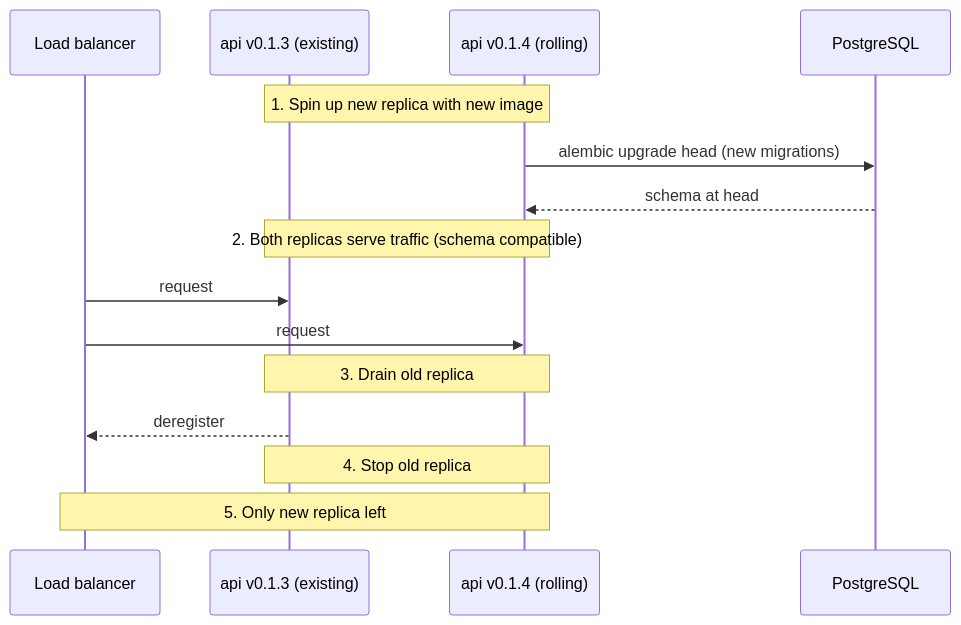
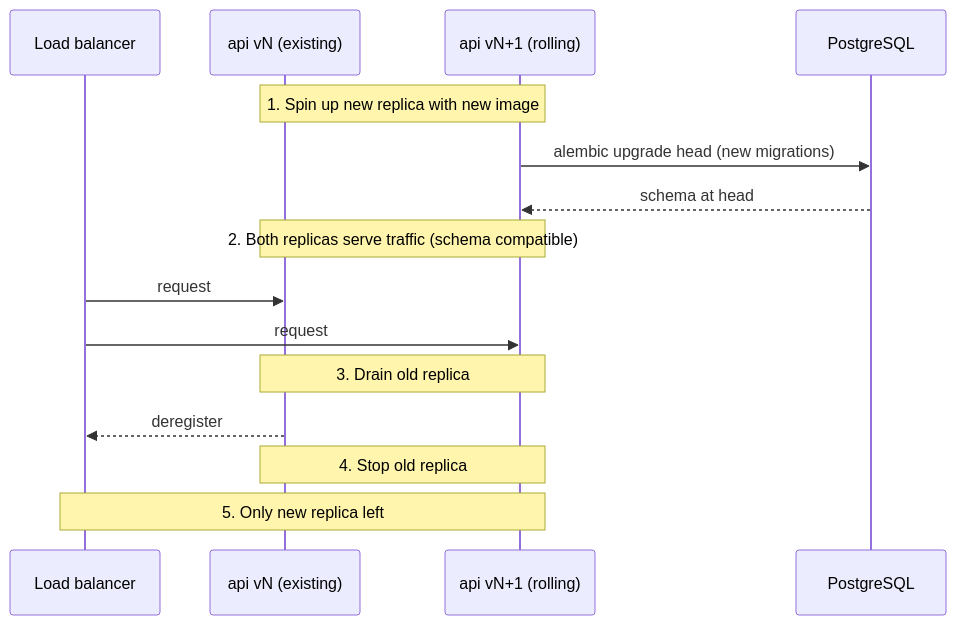
One commit to VisIVOLab/SKAVA changed the diagram in docs/operations/upgrades.md. Above: the diagram before and after it, drawn with Mermaid. The commit also changed 36 other files, not shown here.

````diff
--- a/docs/operations/upgrades.md
+++ b/docs/operations/upgrades.md
@@ -58,18 +58,18 @@
 ```{mermaid}
 sequenceDiagram
     participant LB as Load balancer
-    participant Old as api v0.1.3 (existing)
-    participant New as api v0.1.4 (rolling)
+    participant Old as api vN (existing)
+    participant New as api vN+1 (rolling)
     participant DB  as PostgreSQL
 
     Note over Old,New: 1. Spin up new replica with new image
     New->>DB: alembic upgrade head (new migrations)
     DB-->>New: schema at head
     Note over Old,New: 2. Both replicas serve traffic (schema compatible)
     LB->>Old: request
     LB->>New: request
     Note over Old,New: 3. Drain old replica
     Old-->>LB: deregister
     Note over Old,New: 4. Stop old replica
     Note over LB,New: 5. Only new replica left
 ```
````
